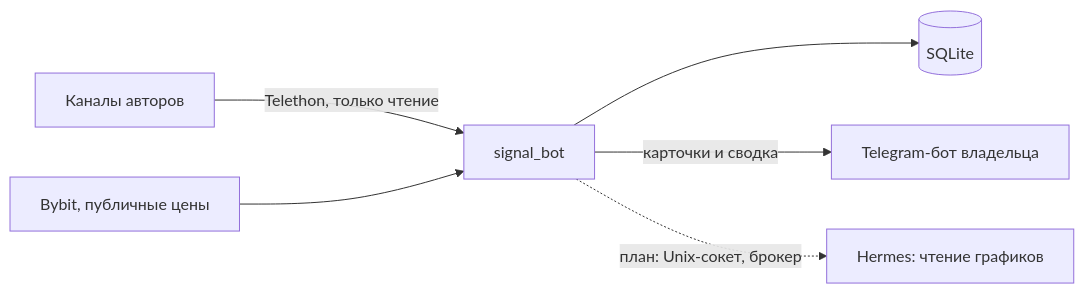
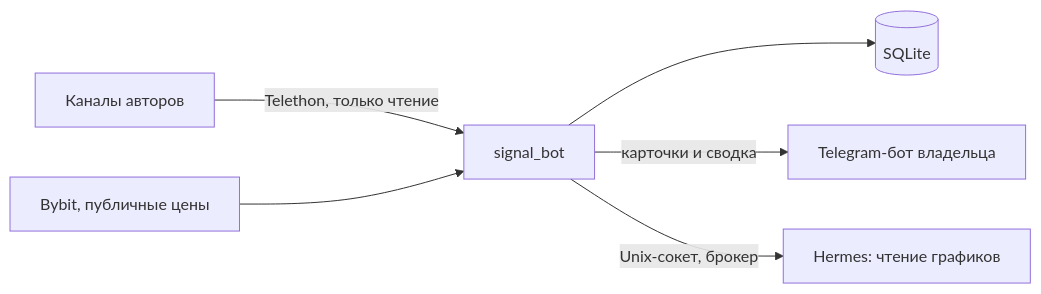
One commit to WorkD69/crypto_project changed the diagram in README.md. Above: the diagram before and after it, drawn with Mermaid. The commit also changed other lines of this file and 4 other files, not shown here.

````diff
--- a/README.md
+++ b/README.md
@@ -25,8 +25,8 @@
 ```mermaid
 flowchart LR
     A[Каналы авторов] -->|Telethon, только чтение| B[signal_bot]
     C[Bybit, публичные цены] --> B
     B --> D[(SQLite)]
     B -->|карточки и сводка| E[Telegram-бот владельца]
-    B -.->|план: Unix-сокет, брокер| F[Hermes: чтение графиков]
+    B -->|Unix-сокет, брокер| F[Hermes: чтение графиков]
 ```
````
